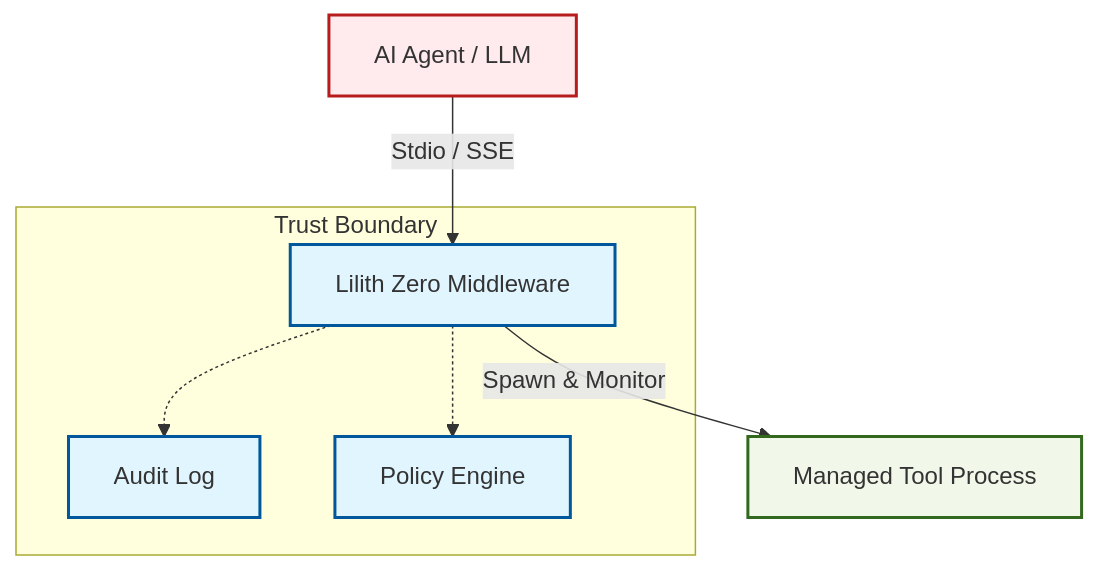
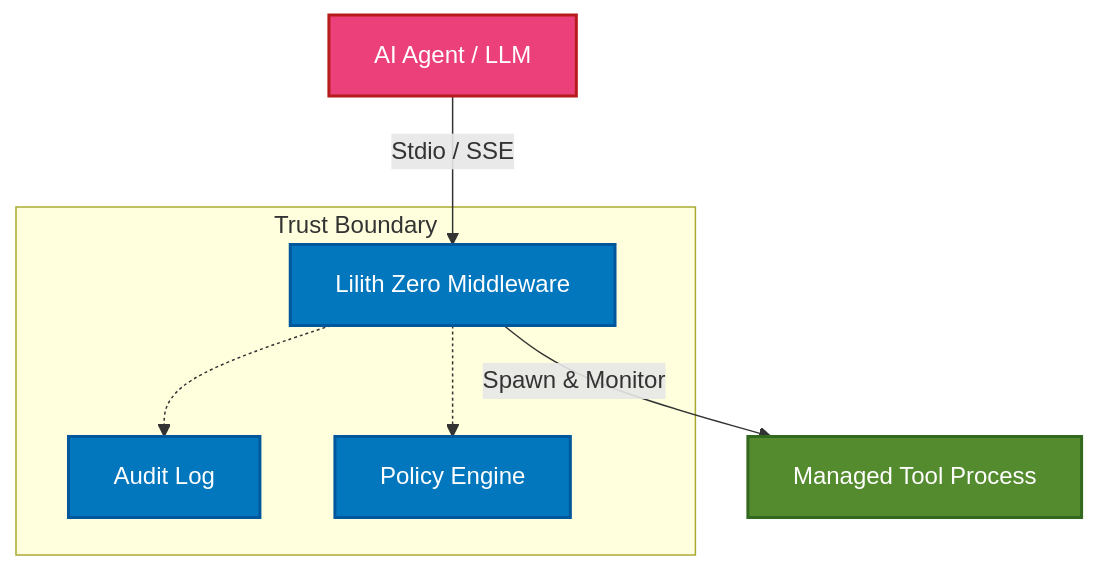
The diagram in docs/concepts/architecture.md (BadC-mpany/lilith-zero), drawn with Mermaid before and after one commit.

Commit message:
improve mmd diagram visibility

````diff
--- a/docs/concepts/architecture.md
+++ b/docs/concepts/architecture.md
@@ -13,23 +13,23 @@
 ```mermaid
 graph TD
-    classDef trusted fill:#e1f5fe,stroke:#01579b,stroke-width:2px;
-    classDef untrusted fill:#ffebee,stroke:#b71c1c,stroke-width:2px;
-    classDef managed fill:#f1f8e9,stroke:#33691e,stroke-width:2px;
+    classDef trusted fill:#0277bd,stroke:#01579b,stroke-width:2px,color:#fff;
+    classDef untrusted fill:#ec407a,stroke:#b71c1c,stroke-width:2px,color:#fff;
+    classDef managed fill:#558b2f,stroke:#33691e,stroke-width:2px,color:#fff;
 
     Agent[AI Agent / LLM]:::untrusted
     Middleware[Lilith Zero Middleware]:::trusted
     tool_proc[Managed Tool Process]:::managed
     audit_log[Audit Log]:::trusted
     policy[Policy Engine]:::trusted
 
     Agent -- "Stdio / SSE" --> Middleware
     Middleware -- "Spawn & Monitor" --> tool_proc
     Middleware -.-> audit_log
     Middleware -.-> policy
 
     subgraph "Trust Boundary"
         Middleware
         audit_log
         policy
     end
 ```
````
